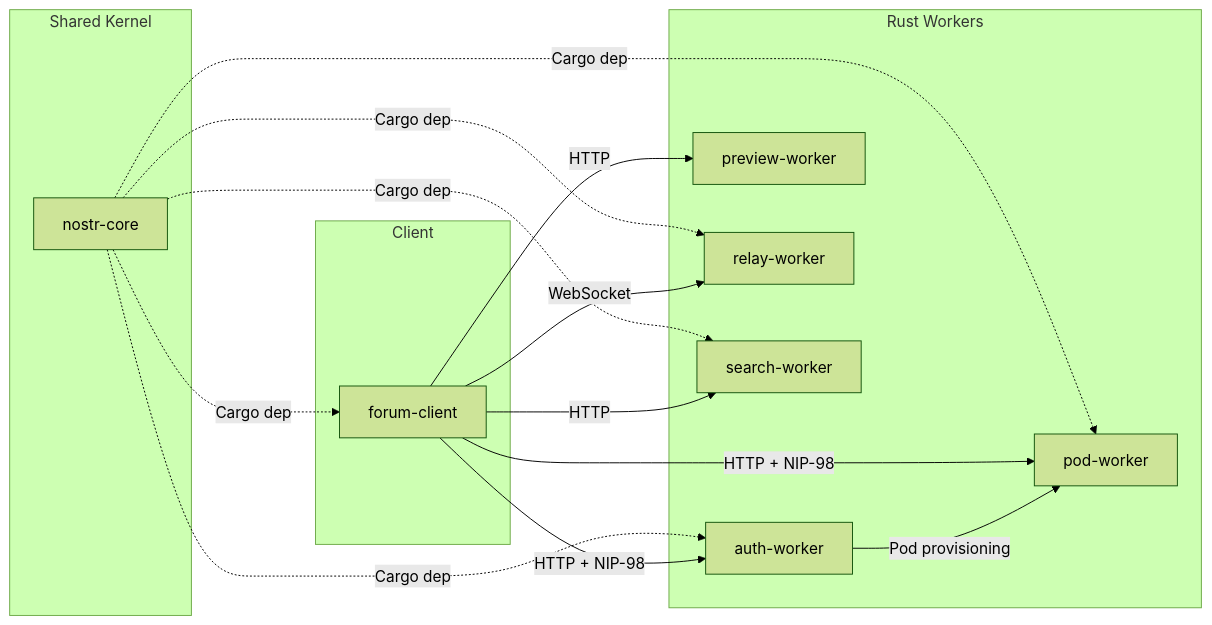
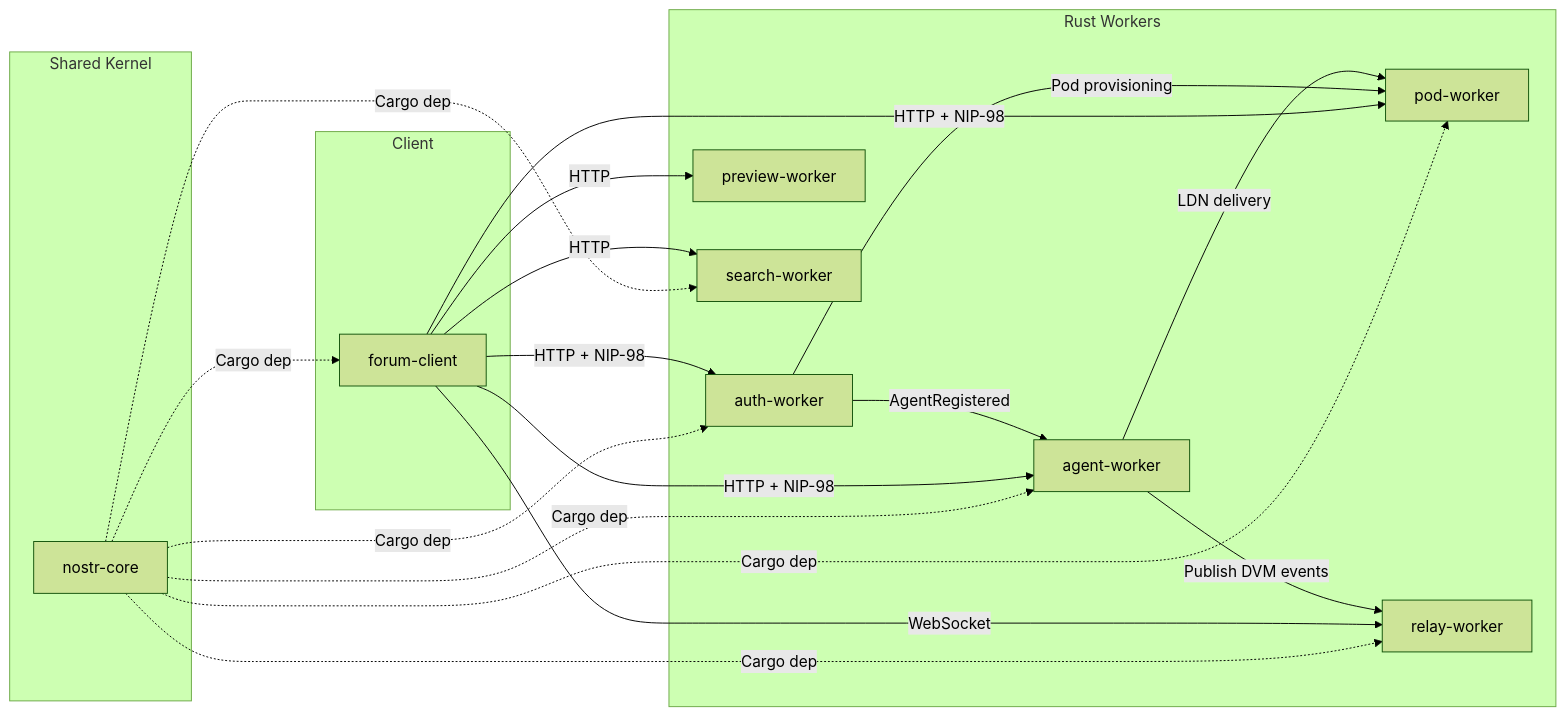
The second of 2 diagrams in docs/ddd/README.md (DreamLab-AI/dreamlab-ai-website), drawn with Mermaid (forest theme) before and after one commit. The commit also changed other lines of this file and 54 other files, not shown here.

````diff
--- a/docs/ddd/README.md
+++ b/docs/ddd/README.md
@@ -56,30 +66,36 @@
 ```mermaid
 graph LR
     subgraph "Shared Kernel"
         NC["nostr-core"]
     end
 
     subgraph "Client"
         FC["forum-client"]
     end
 
     subgraph "Rust Workers"
         AW["auth-worker"]
         PW["pod-worker"]
         PV["preview-worker"]
         RW["relay-worker"]
         SW["search-worker"]
+        AGW["agent-worker"]
     end
 
     NC -.->|"Cargo dep"| FC
     NC -.->|"Cargo dep"| AW
     NC -.->|"Cargo dep"| PW
     NC -.->|"Cargo dep"| RW
     NC -.->|"Cargo dep"| SW
+    NC -.->|"Cargo dep"| AGW
     FC -->|"HTTP + NIP-98"| AW
     FC -->|"HTTP + NIP-98"| PW
     FC -->|"HTTP"| PV
     FC -->|"WebSocket"| RW
     FC -->|"HTTP"| SW
+    FC -->|"HTTP + NIP-98"| AGW
     AW -->|"Pod provisioning"| PW
+    AW -->|"AgentRegistered"| AGW
+    AGW -->|"LDN delivery"| PW
+    AGW -->|"Publish DVM events"| RW
 ```
````
